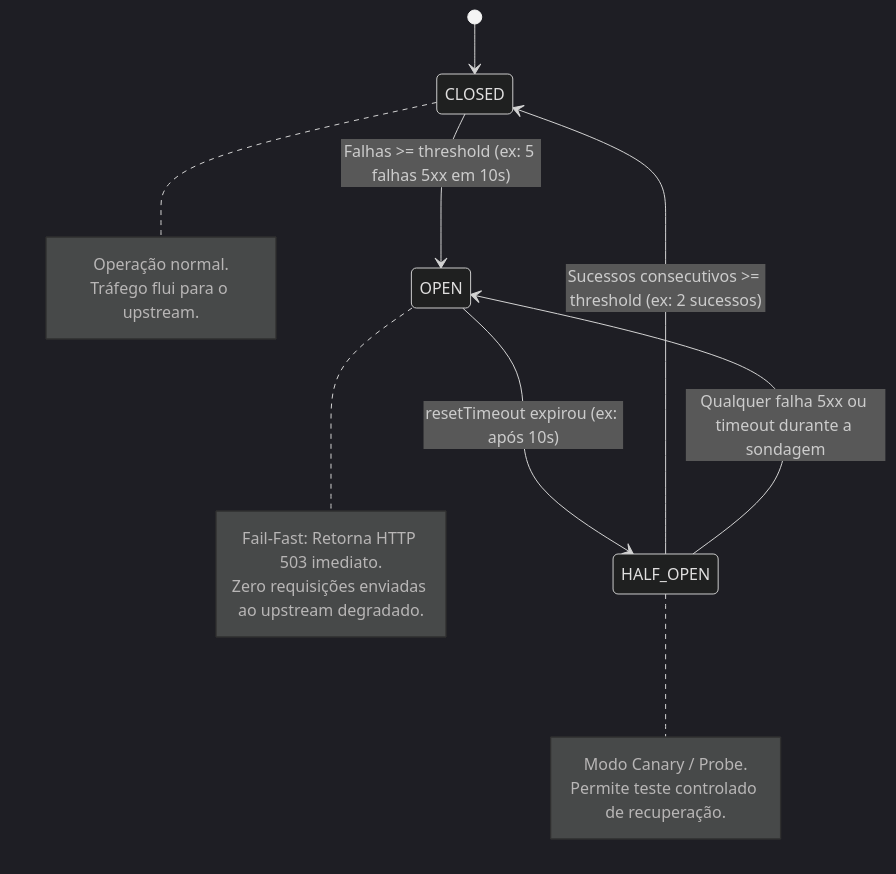
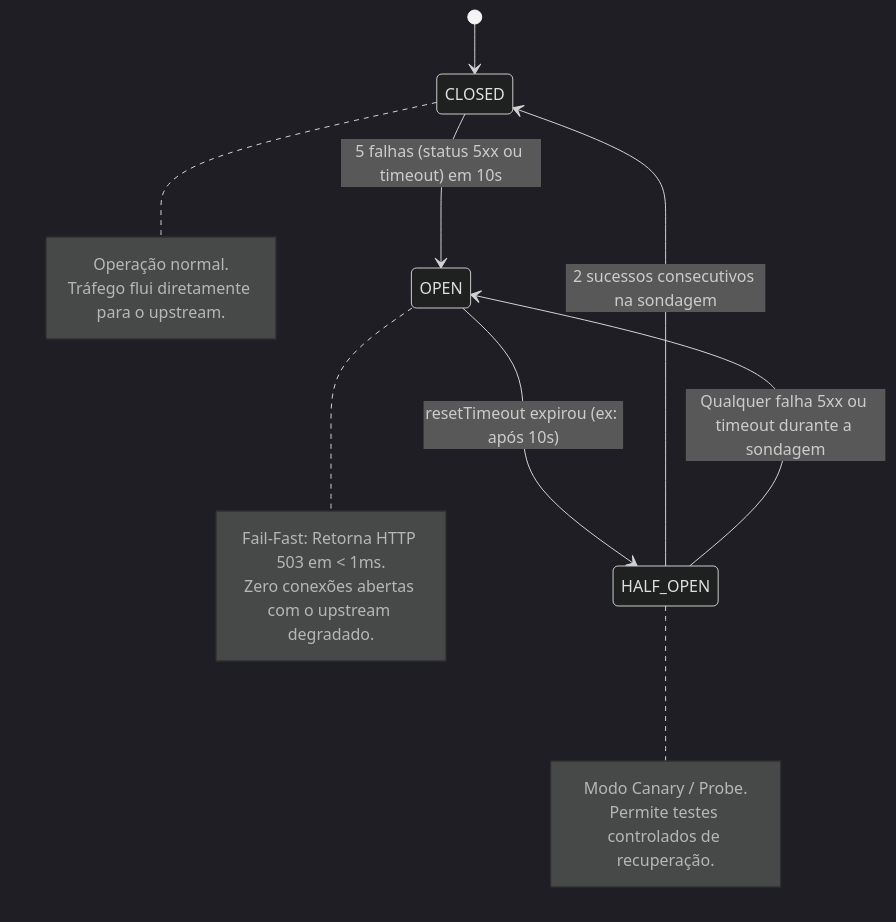
One commit to ViktorGabriel/fastify-edge-api-gateway changed the second of 2 diagrams in README.md. Above: the diagram before and after it, drawn with Mermaid (dark theme). The commit also changed other lines of this file and 4 other files, not shown here.

Commit message:
chore(platform): standardize build scripts, CI workflow with Redis service, and production architecture docs

````diff
--- a/README.md
+++ b/README.md
@@ -62,23 +67,23 @@
 ```mermaid
 stateDiagram-v2
     [*] --> CLOSED
 
-    CLOSED --> OPEN : Falhas >= threshold (ex: 5 falhas 5xx em 10s)
+    CLOSED --> OPEN : 5 falhas (status 5xx ou timeout) em 10s
     note right of CLOSED
       Operação normal.
-      Tráfego flui para o upstream.
+      Tráfego flui diretamente para o upstream.
     end note
 
     OPEN --> HALF_OPEN : resetTimeout expirou (ex: após 10s)
     note right of OPEN
-      Fail-Fast: Retorna HTTP 503 imediato.
-      Zero requisições enviadas ao upstream degradado.
+      Fail-Fast: Retorna HTTP 503 em < 1ms.
+      Zero conexões abertas com o upstream degradado.
     end note
 
-    HALF_OPEN --> CLOSED : Sucessos consecutivos >= threshold (ex: 2 sucessos)
+    HALF_OPEN --> CLOSED : 2 sucessos consecutivos na sondagem
     HALF_OPEN --> OPEN : Qualquer falha 5xx ou timeout durante a sondagem
     note right of HALF_OPEN
       Modo Canary / Probe.
-      Permite teste controlado de recuperação.
+      Permite testes controlados de recuperação.
     end note
 ```
````
